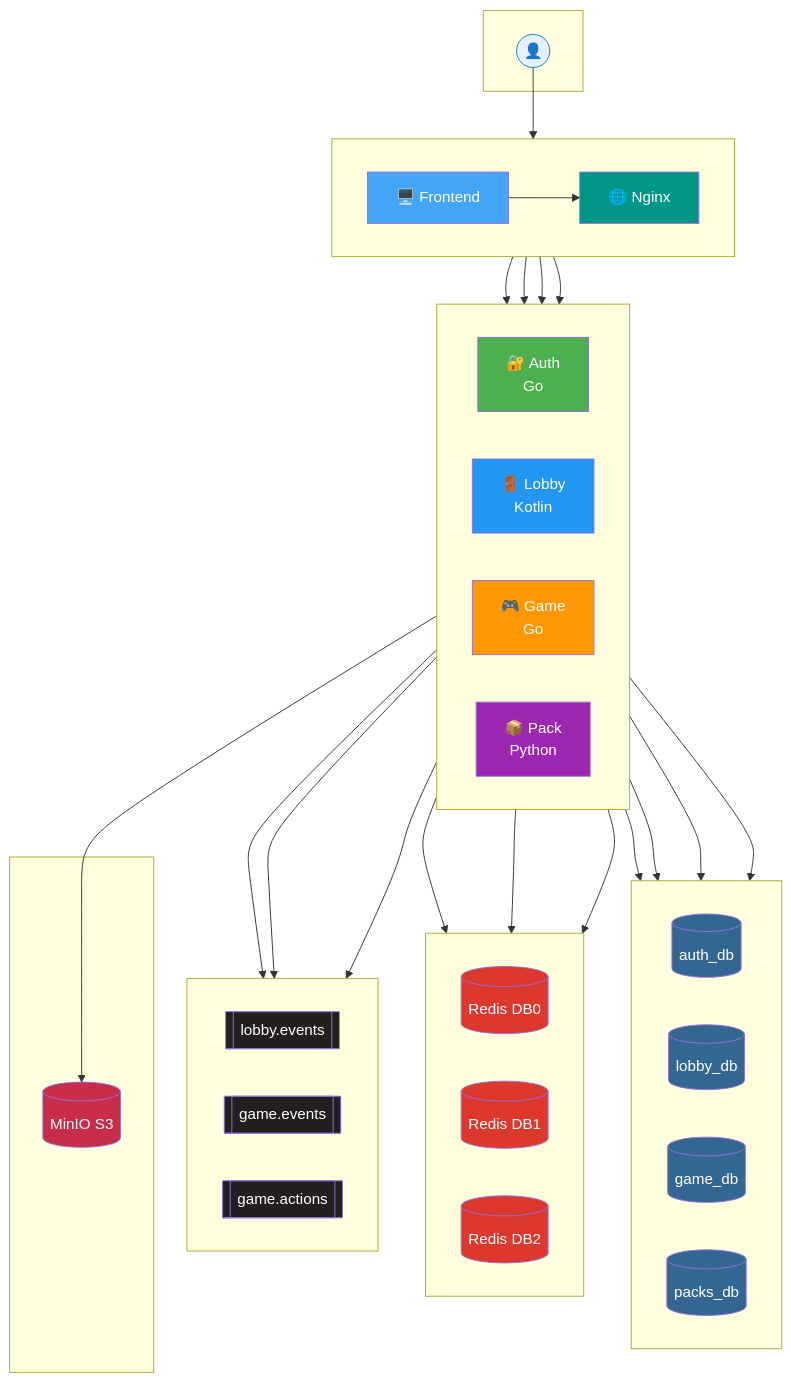
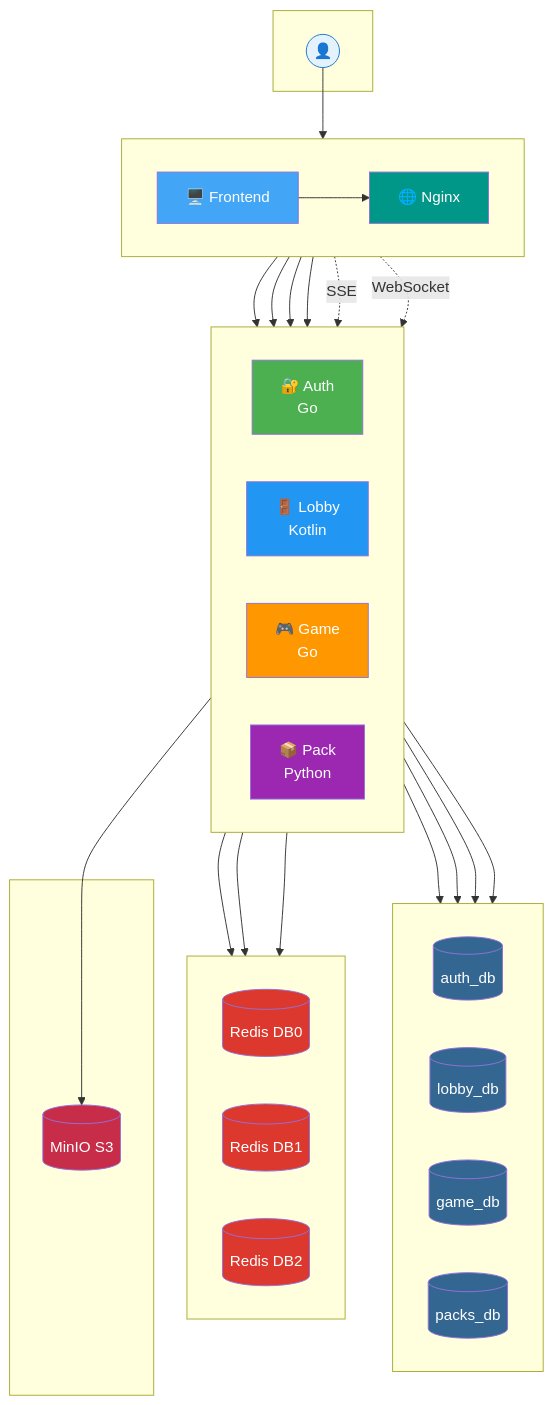
Before and after one commit to Bityta/sigame-project: the first of 28 diagrams in README.md, drawn with Mermaid. The commit also changed other lines of this file and 13 other files, not shown here.

```diff
--- a/README.md
+++ b/README.md
@@ -108,13 +108,6 @@
     end
 
     subgraph LAYER6 [" "]
-        direction LR
-        KAFKA1[[lobby.events]]
-        KAFKA2[[game.events]]
-        KAFKA3[[game.actions]]
-    end
-
-    subgraph LAYER7 [" "]
         MINIO[(MinIO S3)]
     end
 
@@ -131,11 +124,10 @@
     LOBBY --> REDIS1
     GAME --> REDIS2
 
-    LOBBY --> KAFKA1
-    GAME --> KAFKA2
-    GAME --> KAFKA3
-
     PACK --> MINIO
+    
+    FE -.SSE.-> LOBBY
+    FE -.WebSocket.-> GAME
 
     style USER fill:#E3F2FD,stroke:#1976D2
     style FE fill:#42A5F5,color:#fff
@@ -147,9 +139,6 @@
     style REDIS0 fill:#DC382D,color:#fff
     style REDIS1 fill:#DC382D,color:#fff
     style REDIS2 fill:#DC382D,color:#fff
-    style KAFKA1 fill:#231F20,color:#fff
-    style KAFKA2 fill:#231F20,color:#fff
-    style KAFKA3 fill:#231F20,color:#fff
     style MINIO fill:#C72C48,color:#fff
     style DB1 fill:#336791,color:#fff
     style DB2 fill:#336791,color:#fff
```
